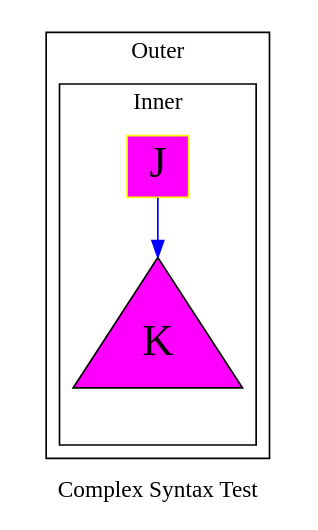
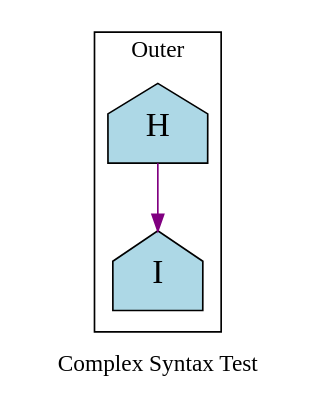
One commit to graphviz-perl/GraphViz2-Marpa-PathUtils changed the diagram in out/clusters.out.06.003.gv. Above: the diagram before and after it, drawn with Graphviz. The commit also changed 50 other files, not shown here.

```diff
--- a/out/clusters.out.06.003.gv
+++ b/out/clusters.out.06.003.gv
@@ -1,39 +1,39 @@
 strict digraph graph_55
 {
 	label = "Complex Syntax Test"
 
 	node[shape = "house"]
 	edge[color = "purple"]
 
 	{
 		rank = "same"
 
 		node[fillcolor = "goldenrod" shape = "circle" style = "filled"]
 		node[fillcolor = "turquoise4"]
 
 		{
 			node[fillcolor = "darkorchid" shape = "pentagon"]
 
 		}
 
 	}
 	node[fillcolor = "lightblue" fontsize = "20" style = "filled"]
 
 	subgraph cluster_outer
 	{
 		label = "Outer"
 
+		H -> I
 		subgraph cluster_inner
 		{
 			label = "Inner"
 
 			node[fillcolor = "magenta" fontsize = "26" shape = "triangle"]
 			edge[color = "blue"]
-			J[color = "yellow" shape = "square"]
-			J -> K
+
 		}
 
 	}
 	graph[rankdir = "TB"]
 
 }
```
